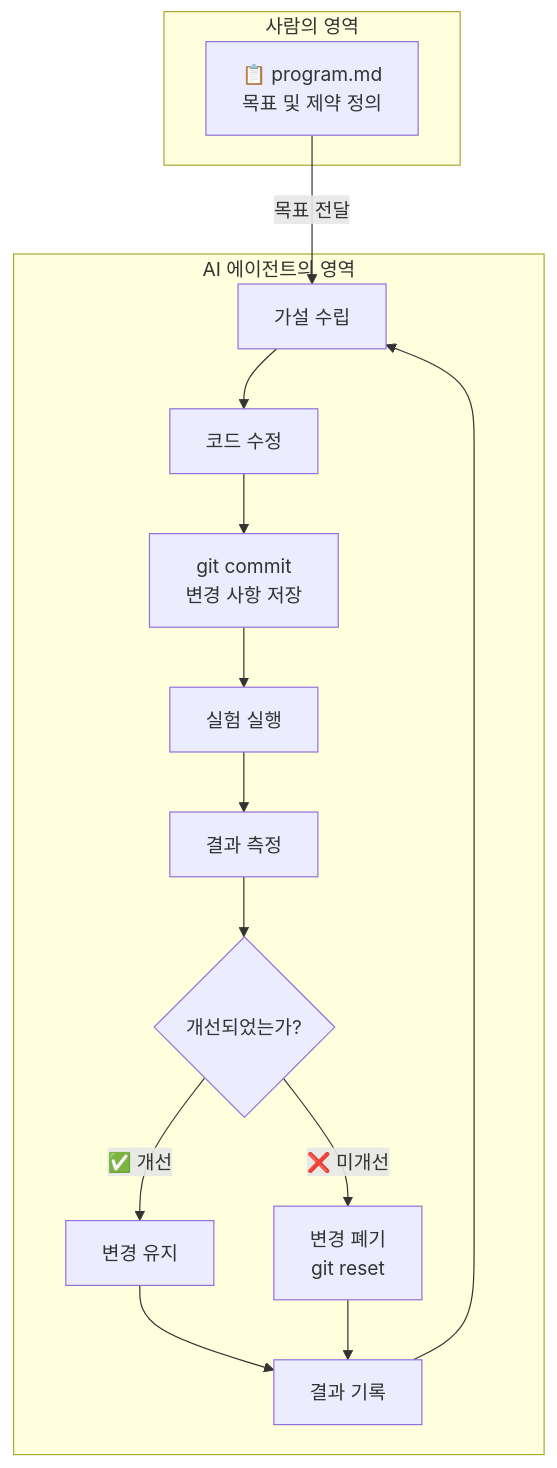
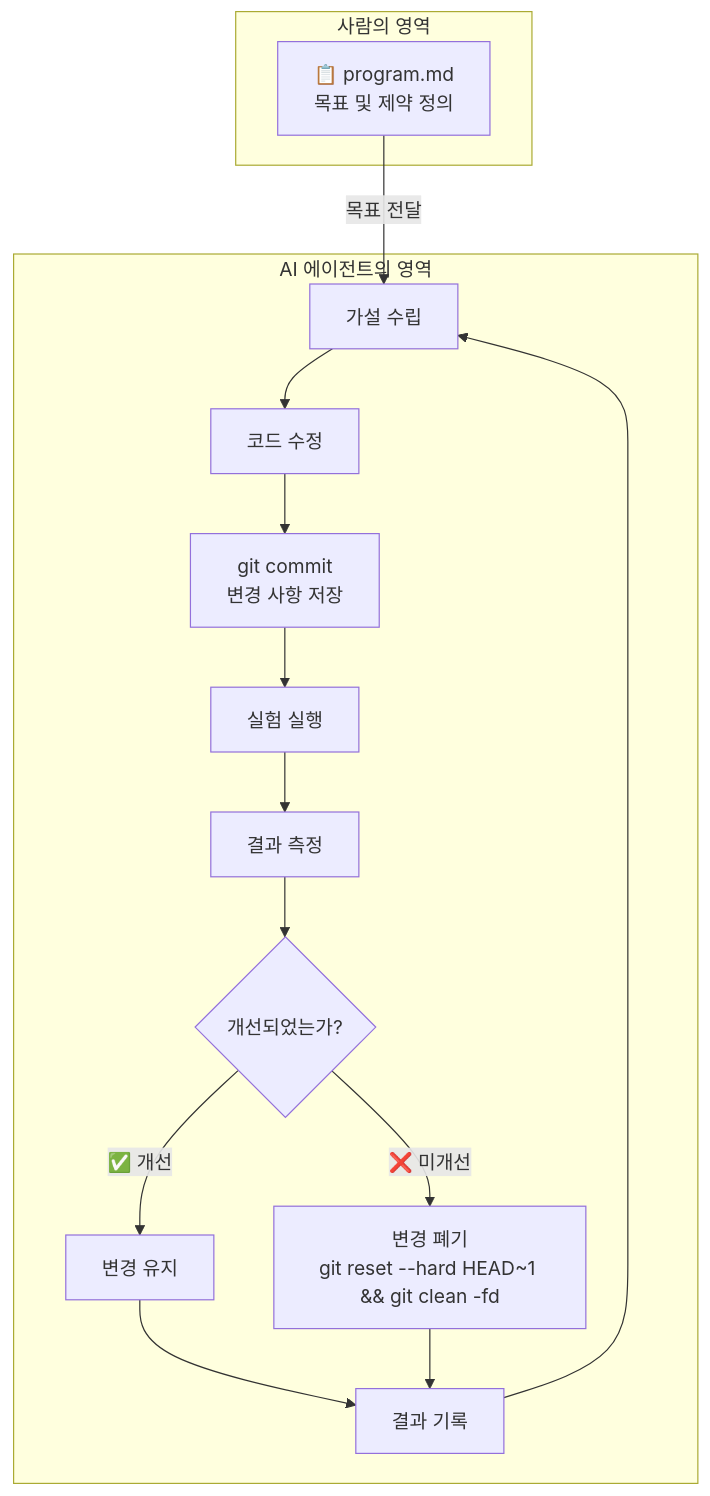
Before and after one commit to kimchanhyung98/agentic-workflows: the first of 3 diagrams in docs/auto-improve/01-auto-improve-loop.md, drawn with Mermaid.

````diff
--- a/docs/auto-improve/01-auto-improve-loop.md
+++ b/docs/auto-improve/01-auto-improve-loop.md
@@ -13,21 +13,21 @@
 ```mermaid
 graph TD
     subgraph 사람의 영역
         A[📋 program.md<br/>목표 및 제약 정의]
     end
 
     subgraph AI 에이전트의 영역
         B[가설 수립] --> C[코드 수정]
         C --> D[git commit<br/>변경 사항 저장]
         D --> E[실험 실행]
         E --> F[결과 측정]
         F --> G{개선되었는가?}
         G -->|✅ 개선| H[변경 유지]
-        G -->|❌ 미개선| I[변경 폐기<br/>git reset]
+        G -->|❌ 미개선| I[변경 폐기<br/>git reset --hard HEAD~1 && git clean -fd]
         H --> J[결과 기록]
         I --> J
         J --> B
     end
 
     A -->|목표 전달| B
 ```
````
